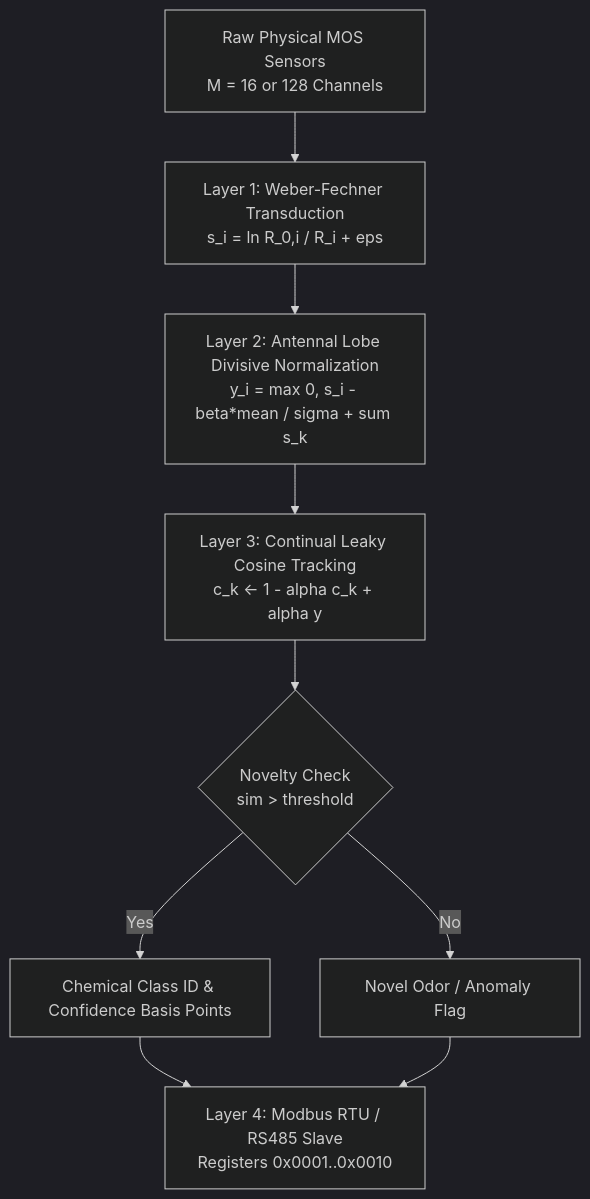
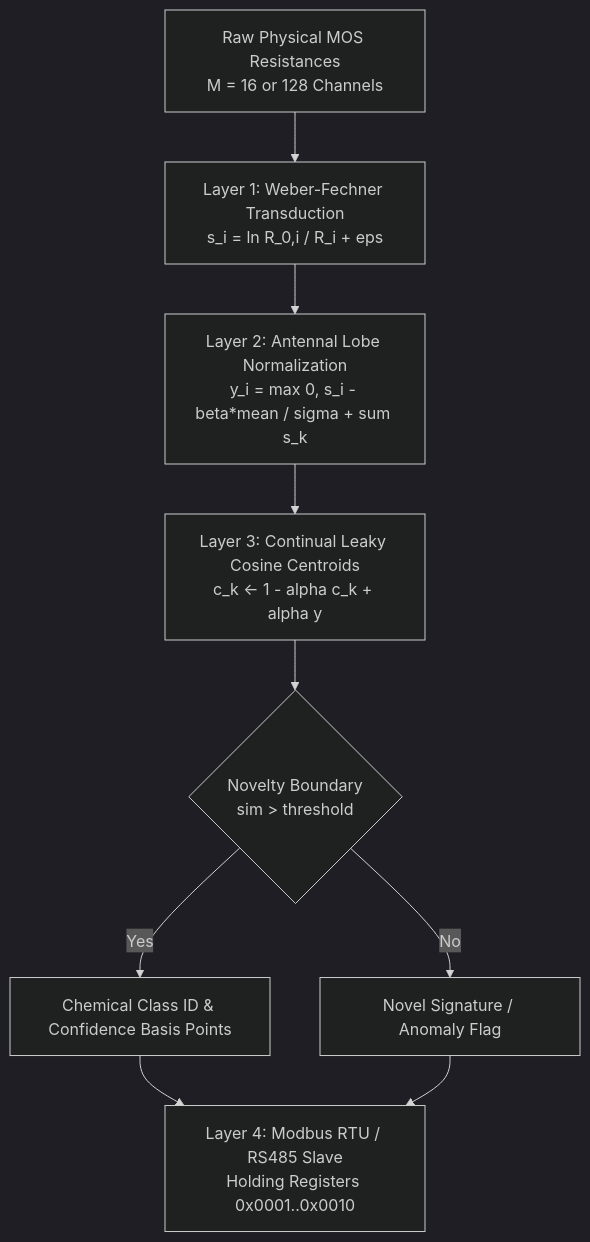
One commit to Ali-Rashidi-80/bionose-edge changed the diagram in README.md. Above: the diagram before and after it, drawn with Mermaid (dark theme). The commit also changed other lines of this file and 9 other files, not shown here.

````diff
--- a/README.md
+++ b/README.md
@@ -90,11 +124,11 @@
 ```mermaid
 flowchart TD
-    Raw[Raw Physical MOS Sensors<br/>M = 16 or 128 Channels] --> L1[Layer 1: Weber-Fechner Transduction<br/>s_i = ln R_0,i / R_i + eps]
-    L1 --> L2[Layer 2: Antennal Lobe Divisive Normalization<br/>y_i = max 0, s_i - beta*mean / sigma + sum s_k]
-    L2 --> L3[Layer 3: Continual Leaky Cosine Tracking<br/>c_k <- 1 - alpha c_k + alpha y]
-    L3 --> Out{Novelty Check<br/>sim > threshold}
+    Raw[Raw Physical MOS Resistances<br/>M = 16 or 128 Channels] --> L1[Layer 1: Weber-Fechner Transduction<br/>s_i = ln R_0,i / R_i + eps]
+    L1 --> L2[Layer 2: Antennal Lobe Normalization<br/>y_i = max 0, s_i - beta*mean / sigma + sum s_k]
+    L2 --> L3[Layer 3: Continual Leaky Cosine Centroids<br/>c_k <- 1 - alpha c_k + alpha y]
+    L3 --> Out{Novelty Boundary<br/>sim > threshold}
     Out -- Yes --> Class[Chemical Class ID & Confidence Basis Points]
-    Out -- No --> Novel[Novel Odor / Anomaly Flag]
-    Class --> L4[Layer 4: Modbus RTU / RS485 Slave<br/>Registers 0x0001..0x0010]
+    Out -- No --> Novel[Novel Signature / Anomaly Flag]
+    Class --> L4[Layer 4: Modbus RTU / RS485 Slave<br/>Holding Registers 0x0001..0x0010]
     Novel --> L4
 ```
````
